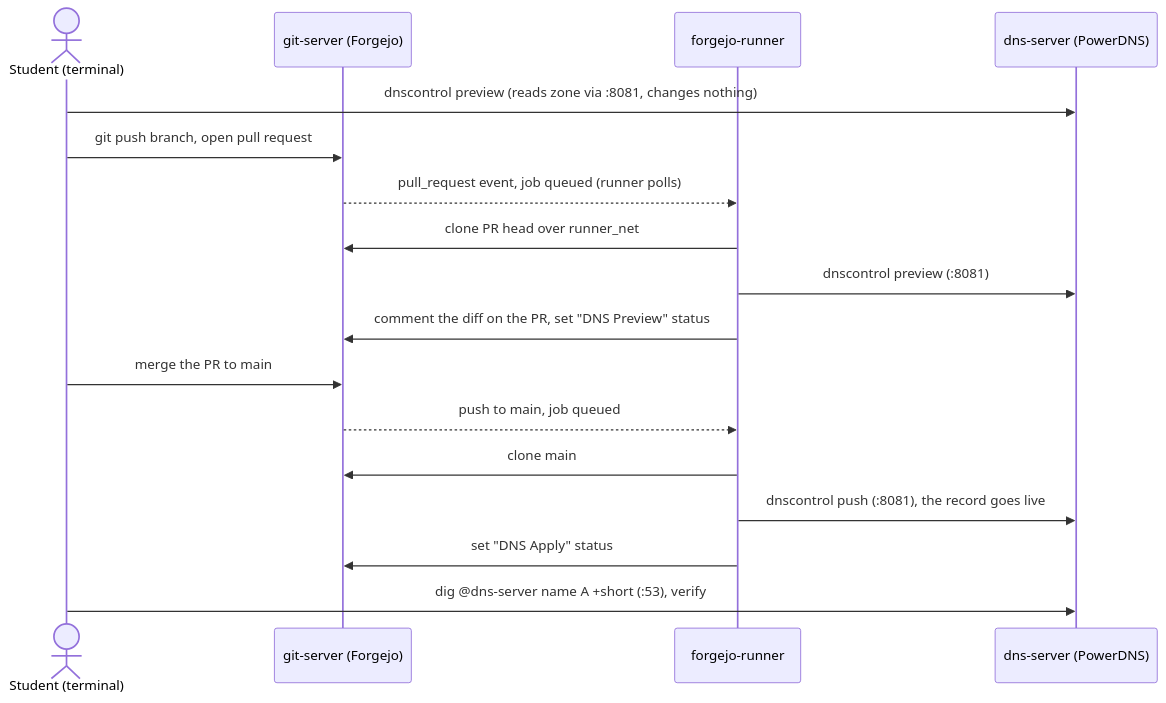
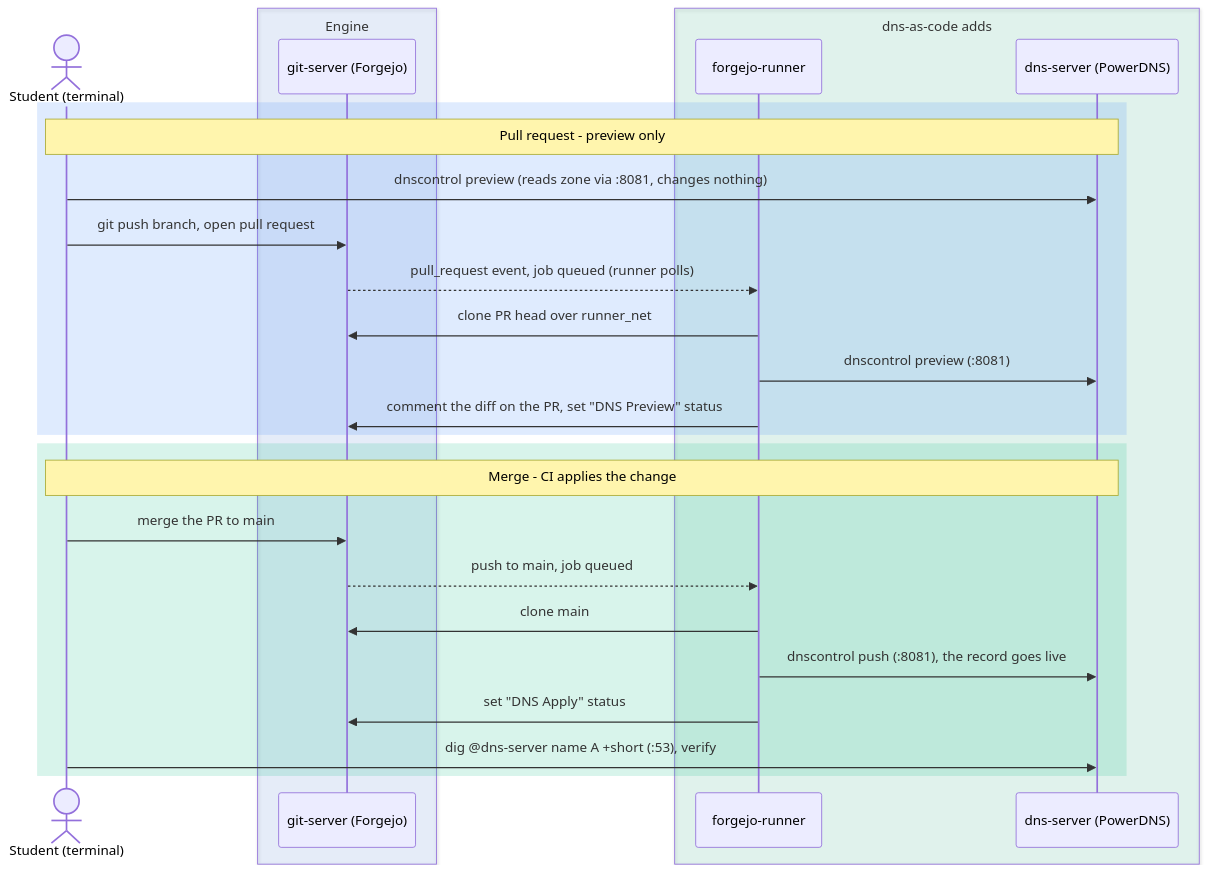
Before and after one commit to fiddler110/GitOps_Dojo: the sixth of 11 diagrams in README.md, drawn with Mermaid. The commit also changed other lines of this file, not shown here.

First line of the commit message:
Colour the README diagrams by role

````diff
--- a/README.md
+++ b/README.md
@@ -326,20 +378,31 @@
 ```mermaid
 sequenceDiagram
     actor S as Student (terminal)
+    box rgba(59,130,246,0.1) Engine
     participant GS as git-server (Forgejo)
+    end
+    box rgba(16,185,129,0.1) dns-as-code adds
     participant RN as forgejo-runner
     participant DNS as dns-server (PowerDNS)
+    end
 
+    rect rgba(59,130,246,0.16)
+    Note over S,DNS: Pull request - preview only
     S->>DNS: dnscontrol preview (reads zone via :8081, changes nothing)
     S->>GS: git push branch, open pull request
     GS-->>RN: pull_request event, job queued (runner polls)
     RN->>GS: clone PR head over runner_net
     RN->>DNS: dnscontrol preview (:8081)
     RN->>GS: comment the diff on the PR, set "DNS Preview" status
+    end
+
+    rect rgba(16,185,129,0.16)
+    Note over S,DNS: Merge - CI applies the change
     S->>GS: merge the PR to main
     GS-->>RN: push to main, job queued
     RN->>GS: clone main
     RN->>DNS: dnscontrol push (:8081), the record goes live
     RN->>GS: set "DNS Apply" status
     S->>DNS: dig @dns-server name A +short (:53), verify
+    end
 ```
````
